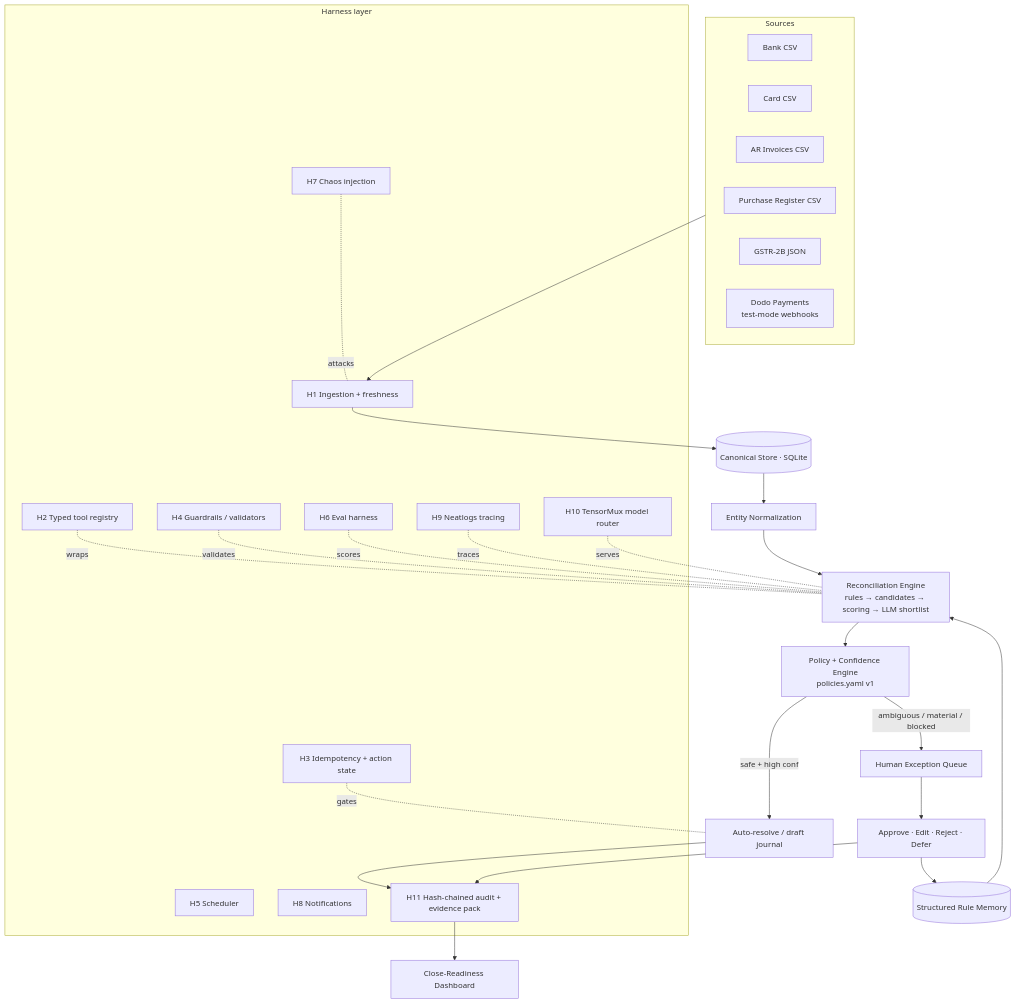
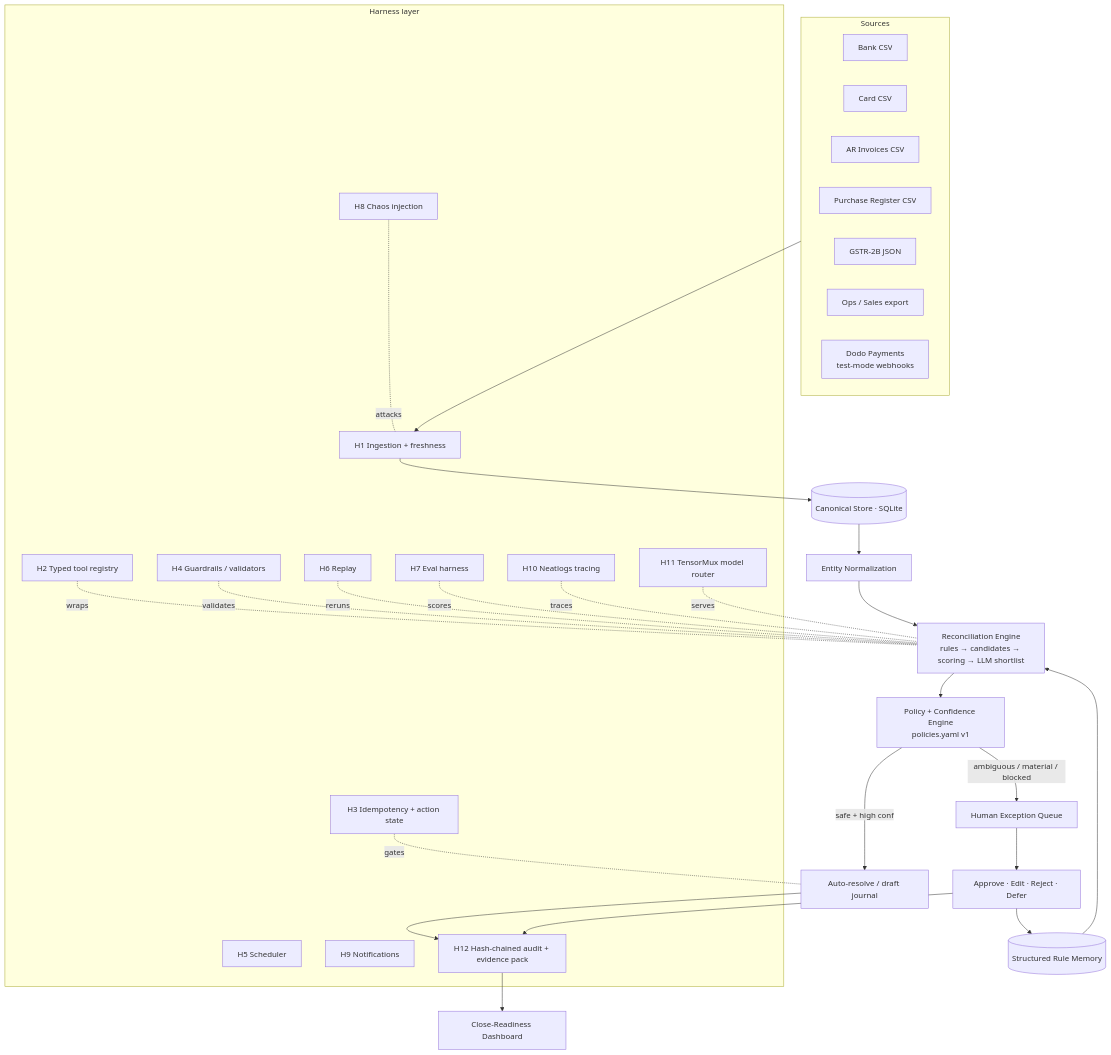
Before and after one commit to PrabhatChandraDwivedi/syndicateHackathon: the diagram in ARCHITECTURE.md, drawn with Mermaid. The commit also changed other lines of this file, not shown here.

First line of the commit message:
docs: re-scope architecture for a 10-hour, ~45-agent AO build

````diff
--- a/ARCHITECTURE.md
+++ b/ARCHITECTURE.md
@@ -80,48 +71,51 @@
 ```mermaid
 flowchart TB
     subgraph SRC["Sources"]
       S1[Bank CSV]
       S2[Card CSV]
       S3[AR Invoices CSV]
       S4[Purchase Register CSV]
       S5[GSTR-2B JSON]
-      S6["Dodo Payments<br/>test-mode webhooks"]
+      S6[Ops / Sales export]
+      S7["Dodo Payments<br/>test-mode webhooks"]
     end
 
     subgraph HARNESS["Harness layer"]
       ING[H1 Ingestion + freshness]
       TOOL[H2 Typed tool registry]
       IDEM[H3 Idempotency + action state]
       GUARD[H4 Guardrails / validators]
       SCHED[H5 Scheduler]
-      EVAL[H6 Eval harness]
-      CHAOS[H7 Chaos injection]
-      NOTIF[H8 Notifications]
-      OBS[H9 Neatlogs tracing]
-      LLM[H10 TensorMux model router]
-      AUD[H11 Hash-chained audit + evidence pack]
+      REPLAY[H6 Replay]
+      EVAL[H7 Eval harness]
+      CHAOS[H8 Chaos injection]
+      NOTIF[H9 Notifications]
+      OBS[H10 Neatlogs tracing]
+      LLM[H11 TensorMux model router]
+      AUD[H12 Hash-chained audit + evidence pack]
     end
 
     SRC --> ING --> CAN[(Canonical Store · SQLite)]
 
     CAN --> NORM[Entity Normalization]
     NORM --> ENG[Reconciliation Engine<br/>rules → candidates → scoring → LLM shortlist]
     MEM[(Structured Rule Memory)] --> ENG
     ENG --> POL[Policy + Confidence Engine<br/>policies.yaml v1]
 
     POL -->|safe + high conf| AUTO[Auto-resolve / draft journal]
     POL -->|ambiguous / material / blocked| HQ[Human Exception Queue]
     HQ --> DEC[Approve · Edit · Reject · Defer]
     DEC --> MEM
     AUTO --> AUD
     DEC --> AUD
     AUD --> CLOSE[Close-Readiness Dashboard]
 
     TOOL -.wraps.- ENG
     GUARD -.validates.- ENG
     LLM -.serves.- ENG
     OBS -.traces.- ENG
     IDEM -.gates.- AUTO
     EVAL -.scores.- ENG
     CHAOS -.attacks.- ING
+    REPLAY -.reruns.- ENG
 ```
````
